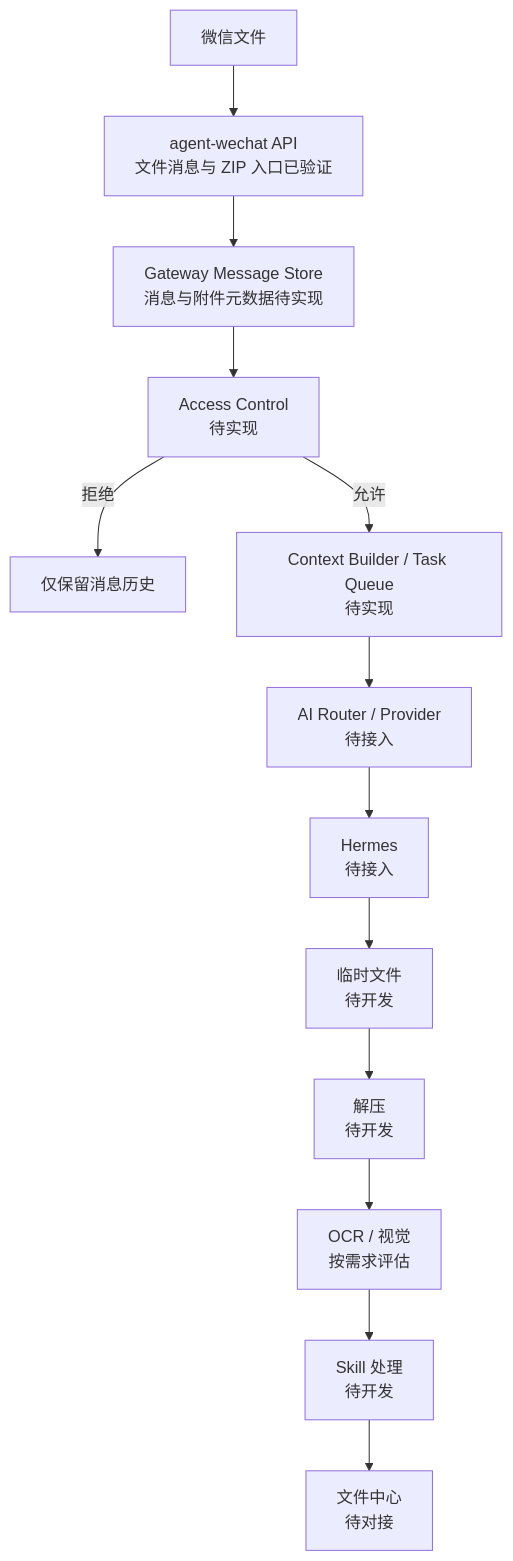
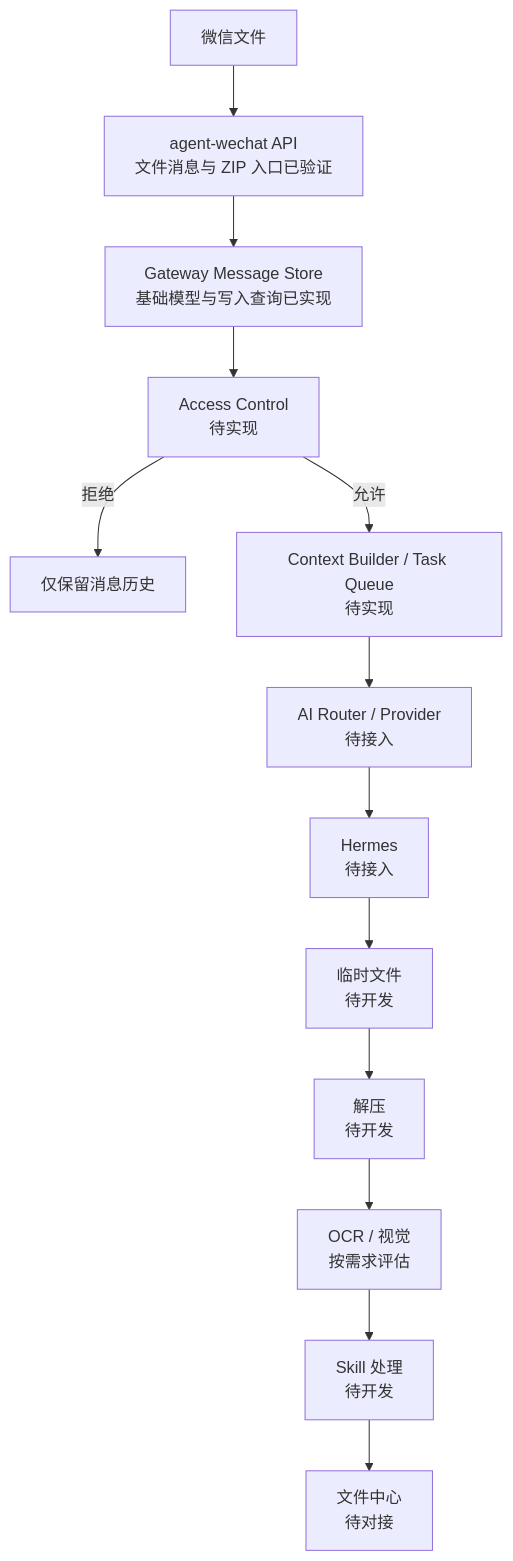
One commit to Tangbohu09527/CF_ecommerce-automation-docs changed the second of 2 diagrams in 02_系统设计.md. Above: the diagram before and after it, drawn with Mermaid. The commit also changed other lines of this file and 14 other files, not shown here.

````diff
--- a/02_系统设计.md
+++ b/02_系统设计.md
@@ -100,15 +104,15 @@
 ```mermaid
 flowchart TB
     W["微信文件"] --> A["agent-wechat API<br/>文件消息与 ZIP 入口已验证"]
-    A --> M["Gateway Message Store<br/>消息与附件元数据待实现"]
+    A --> M["Gateway Message Store<br/>基础模型与写入查询已实现"]
     M --> AC["Access Control<br/>待实现"]
     AC -->|"拒绝"| R["仅保留消息历史"]
     AC -->|"允许"| C["Context Builder / Task Queue<br/>待实现"]
     C --> P["AI Router / Provider<br/>待接入"]
     P --> H["Hermes<br/>待接入"]
     H --> T["临时文件<br/>待开发"]
     T --> U["解压<br/>待开发"]
     U --> V["OCR / 视觉<br/>按需求评估"]
     V --> S["Skill 处理<br/>待开发"]
     S --> F["文件中心<br/>待对接"]
 ```
````
